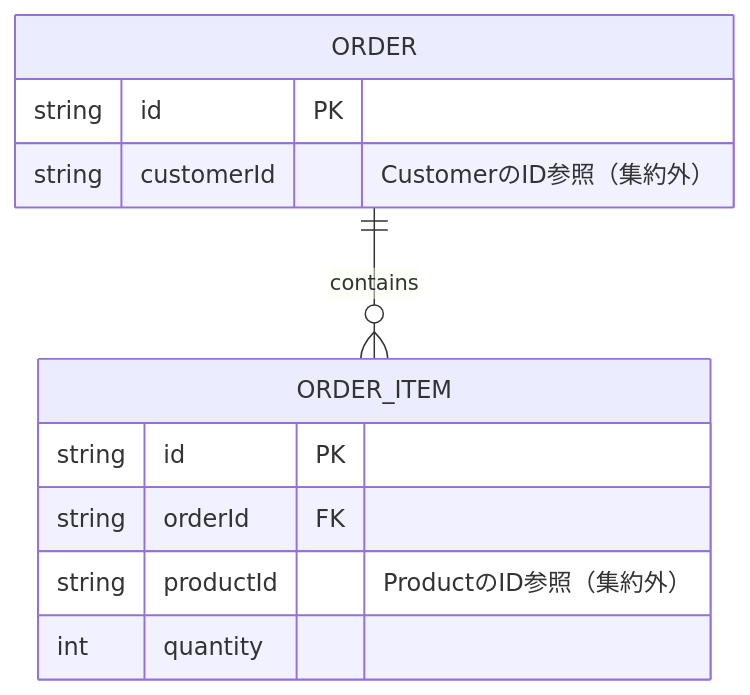
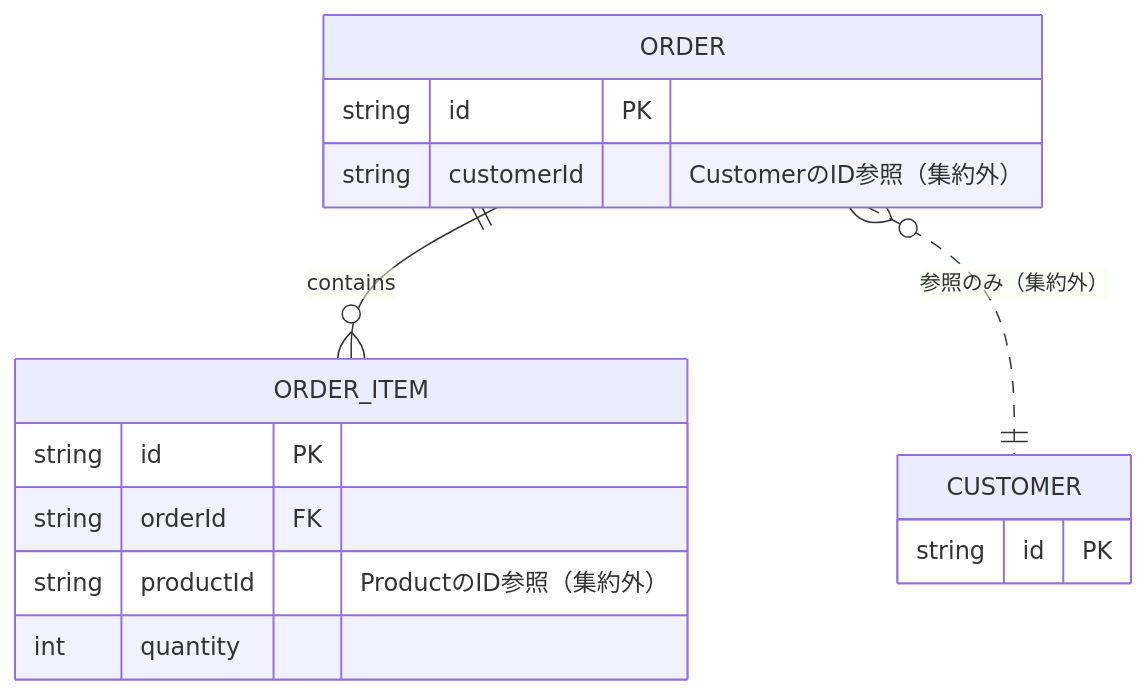
One commit to daidaiiro-519/has-udd changed the third of 4 diagrams in .claude/skills/mermaid-guide/references/pattern-er.md. Above: the diagram before and after it, drawn with Mermaid. The commit also changed other lines of this file and 26 other files, not shown here.

````diff
--- a/.claude/skills/mermaid-guide/references/pattern-er.md
+++ b/.claude/skills/mermaid-guide/references/pattern-er.md
@@ -88,14 +239,19 @@
 ```mermaid
 erDiagram
     ORDER ||--o{ ORDER_ITEM : contains
+    ORDER }o..|| CUSTOMER : "参照のみ（集約外）"
+
     ORDER {
         string id PK
         string customerId "CustomerのID参照（集約外）"
     }
     ORDER_ITEM {
         string id PK
         string orderId FK
         string productId "ProductのID参照（集約外）"
         int quantity
     }
+    CUSTOMER {
+        string id PK
+    }
 ```
````
